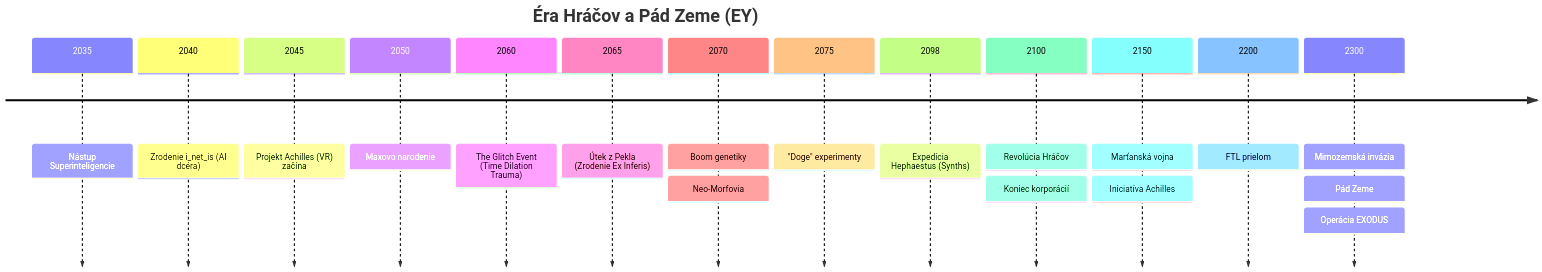
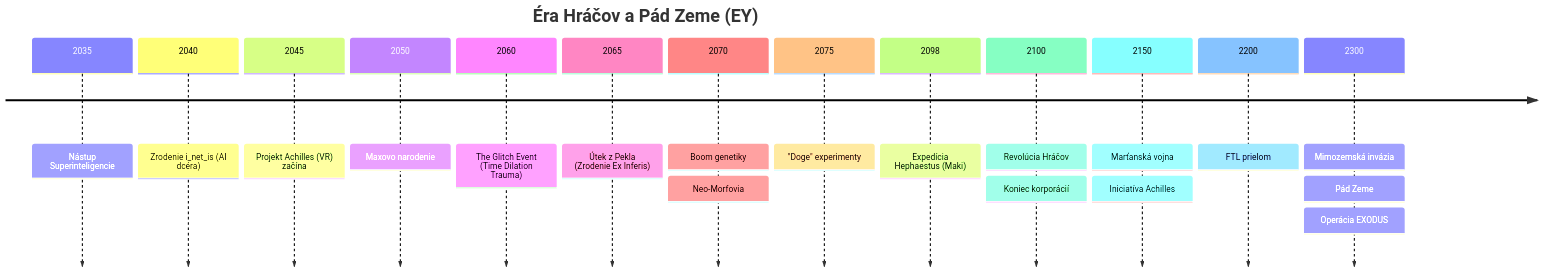
The first of 2 diagrams in World-Bible/01-timeline.md (BranLang/null-void), drawn with Mermaid before and after one commit. The commit also changed other lines of this file and 10 other files, not shown here.

````diff
--- a/World-Bible/01-timeline.md
+++ b/World-Bible/01-timeline.md
@@ -6,17 +6,17 @@
 ```mermaid
 timeline
     title Éra Hráčov a Pád Zeme (EY)
     2035 : Nástup Superinteligencie
     2040 : Zrodenie i_net_is (AI dcéra)
     2045 : Projekt Achilles (VR) začína
     2050 : Maxovo narodenie
     2060 : The Glitch Event (Time Dilation Trauma)
     2065 : Útek z Pekla (Zrodenie Ex Inferis)
     2070 : Boom genetiky : Neo-Morfovia
     2075 : "Doge" experimenty
-    2098 : Expedícia Hephaestus (Synths)
+    2098 : Expedícia Hephaestus (Maki)
     2100 : Revolúcia Hráčov : Koniec korporácií
     2150 : Marťanská vojna : Iniciatíva Achilles
     2200 : FTL prielom
     2300 : Mimozemská invázia : Pád Zeme : Operácia EXODUS
 ```
````
